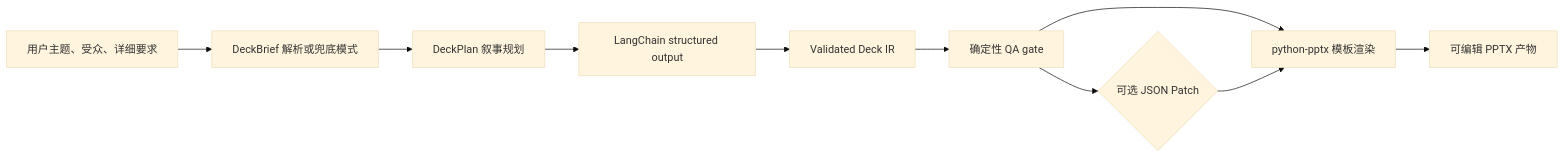
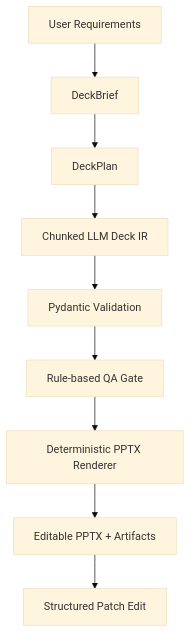
One commit to Liyilin66/ppt-agent changed the diagram in README.md. Above: the diagram before and after it, drawn with Mermaid (base theme). The commit also changed other lines of this file and 11 other files, not shown here.

````diff
--- a/README.md
+++ b/README.md
@@ -39,12 +66,11 @@
 ```mermaid
-flowchart LR
-    A["用户主题、受众、详细要求"] --> B["DeckBrief 解析或兜底模式"]
-    B --> C["DeckPlan 叙事规划"]
-    C --> D["LangChain structured output"]
-    D --> E["Validated Deck IR"]
-    E --> F["确定性 QA gate"]
-    F --> G["python-pptx 模板渲染"]
-    F --> H{"可选 JSON Patch"}
-    H --> G
-    G --> I["可编辑 PPTX 产物"]
+flowchart TD
+    A["User Requirements"] --> B["DeckBrief"]
+    B --> C["DeckPlan"]
+    C --> D["Chunked LLM Deck IR"]
+    D --> E["Pydantic Validation"]
+    E --> F["Rule-based QA Gate"]
+    F --> G["Deterministic PPTX Renderer"]
+    G --> H["Editable PPTX + Artifacts"]
+    H --> I["Structured Patch Edit"]
 ```
````
